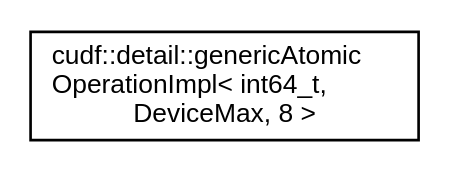
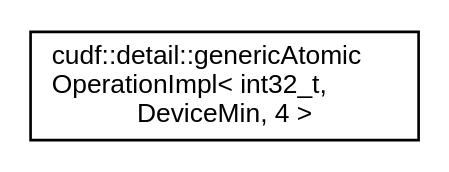
Before and after one commit to rapidsai/projects: the diagram in libcudf/0.8.0/inherit_graph_32.dot, drawn with Graphviz. The commit also changed 618 other files, not shown here.

```diff
--- a/libcudf/0.8.0/inherit_graph_32.dot
+++ b/libcudf/0.8.0/inherit_graph_32.dot
@@ -1,7 +1,7 @@
 digraph "Graphical Class Hierarchy"
 {
   edge [fontname="Helvetica",fontsize="10",labelfontname="Helvetica",labelfontsize="10"];
   node [fontname="Helvetica",fontsize="10",shape=record];
   rankdir="LR";
-  Node0 [label="cudf::detail::genericAtomic\lOperationImpl\< int64_t,\l DeviceMax, 8 \>",height=0.2,width=0.4,color="black", fillcolor="white", style="filled",URL="$structcudf_1_1detail_1_1genericAtomicOperationImpl_3_01int64__t_00_01DeviceMax_00_018_01_4.html"];
+  Node0 [label="cudf::detail::genericAtomic\lOperationImpl\< int32_t,\l DeviceMin, 4 \>",height=0.2,width=0.4,color="black", fillcolor="white", style="filled",URL="$structcudf_1_1detail_1_1genericAtomicOperationImpl_3_01int32__t_00_01DeviceMin_00_014_01_4.html"];
 }
```
